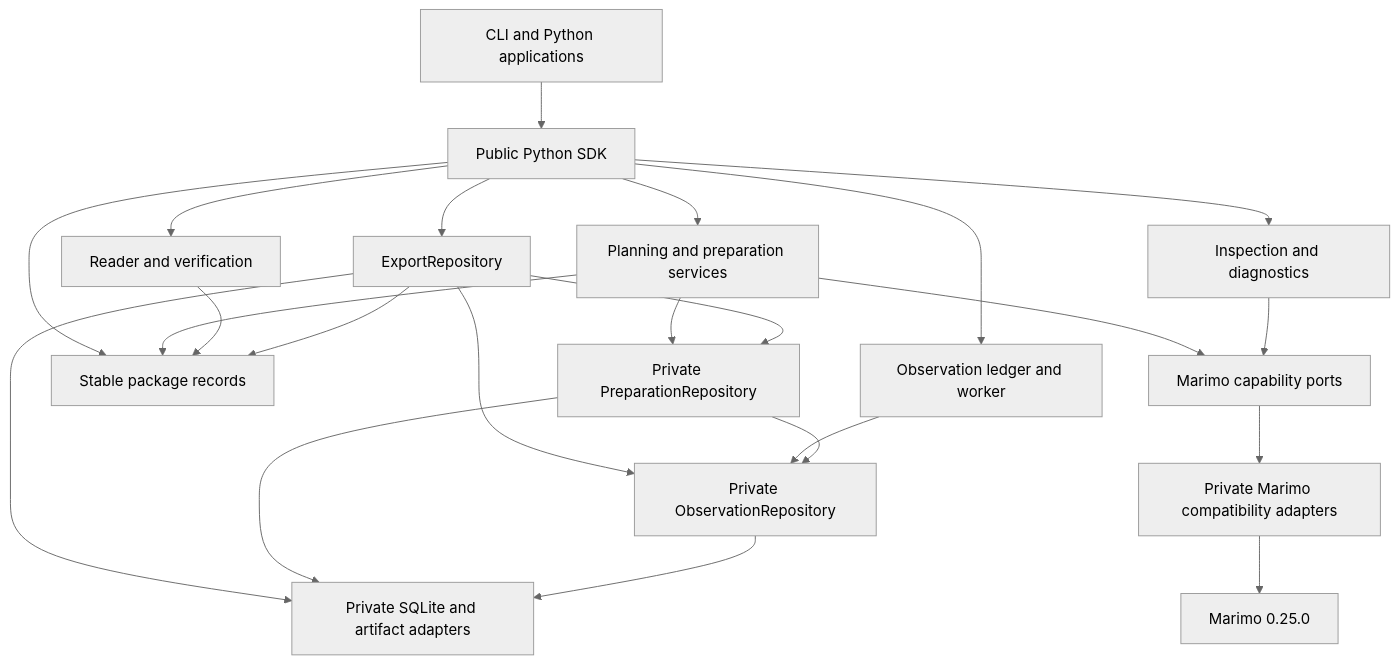
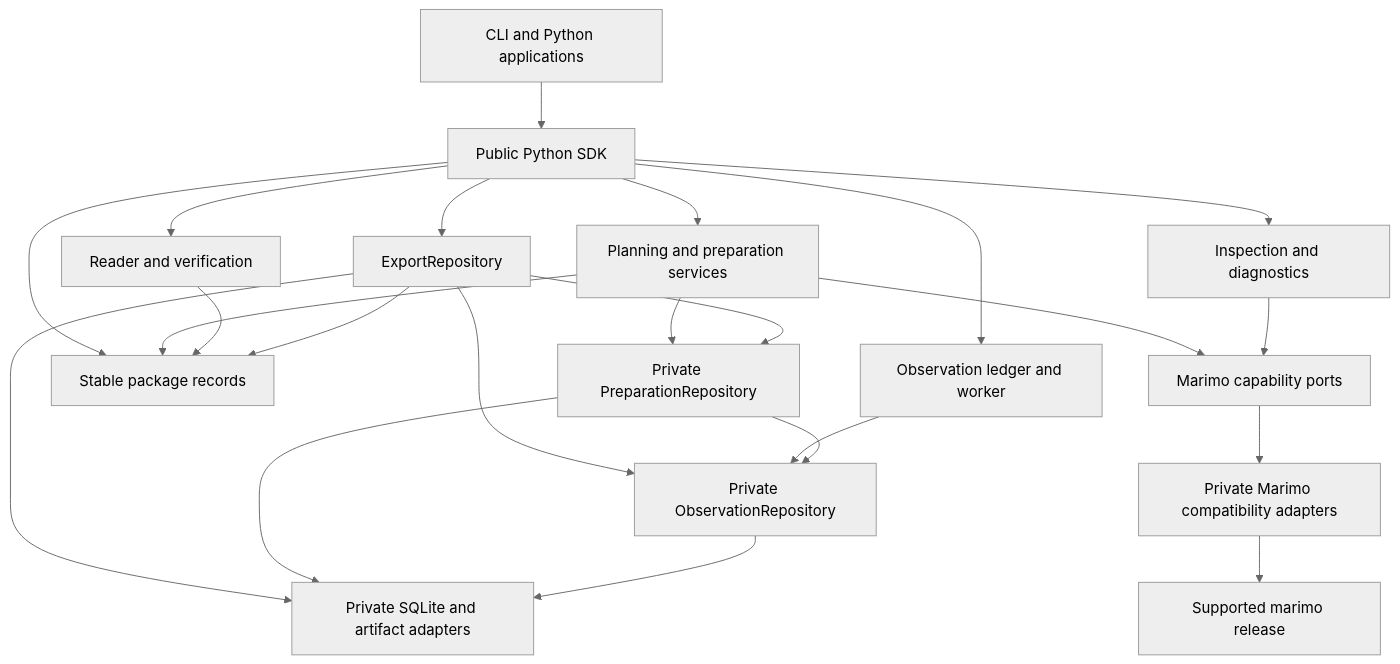
The third of 4 diagrams in development_docs/architecture.md (marimo-team/marimo-export), drawn with Mermaid (neutral theme) before and after one commit. The commit also changed other lines of this file and 36 other files, not shown here.

````diff
--- a/development_docs/architecture.md
+++ b/development_docs/architecture.md
@@ -75,40 +75,40 @@
 ```mermaid
 flowchart TB
     apps[CLI and Python applications]
     sdk[Public Python SDK]
     services[Planning and preparation services]
     readers[Reader and verification]
     publicRepository[ExportRepository]
     integration[Inspection and diagnostics]
     observationWorker[Observation ledger and worker]
     records[Stable package records]
     preparationRepository[Private PreparationRepository]
     observationRepository[Private ObservationRepository]
     marimoPorts[Marimo capability ports]
     sqlite[Private SQLite and artifact adapters]
     compat[Private Marimo compatibility adapters]
-    host[Marimo 0.25.0]
+    host[Supported marimo release]
 
     apps --> sdk
     sdk --> records
     sdk --> services
     sdk --> readers
     sdk --> publicRepository
     sdk --> integration
     sdk --> observationWorker
     services --> records
     services --> preparationRepository
     services --> marimoPorts
     readers --> records
     publicRepository --> records
     publicRepository --> sqlite
     publicRepository --> observationRepository
     publicRepository --> preparationRepository
     integration --> marimoPorts
     observationWorker --> observationRepository
     preparationRepository --> observationRepository
     preparationRepository --> sqlite
     observationRepository --> sqlite
     marimoPorts --> compat
     compat --> host
 ```
````
